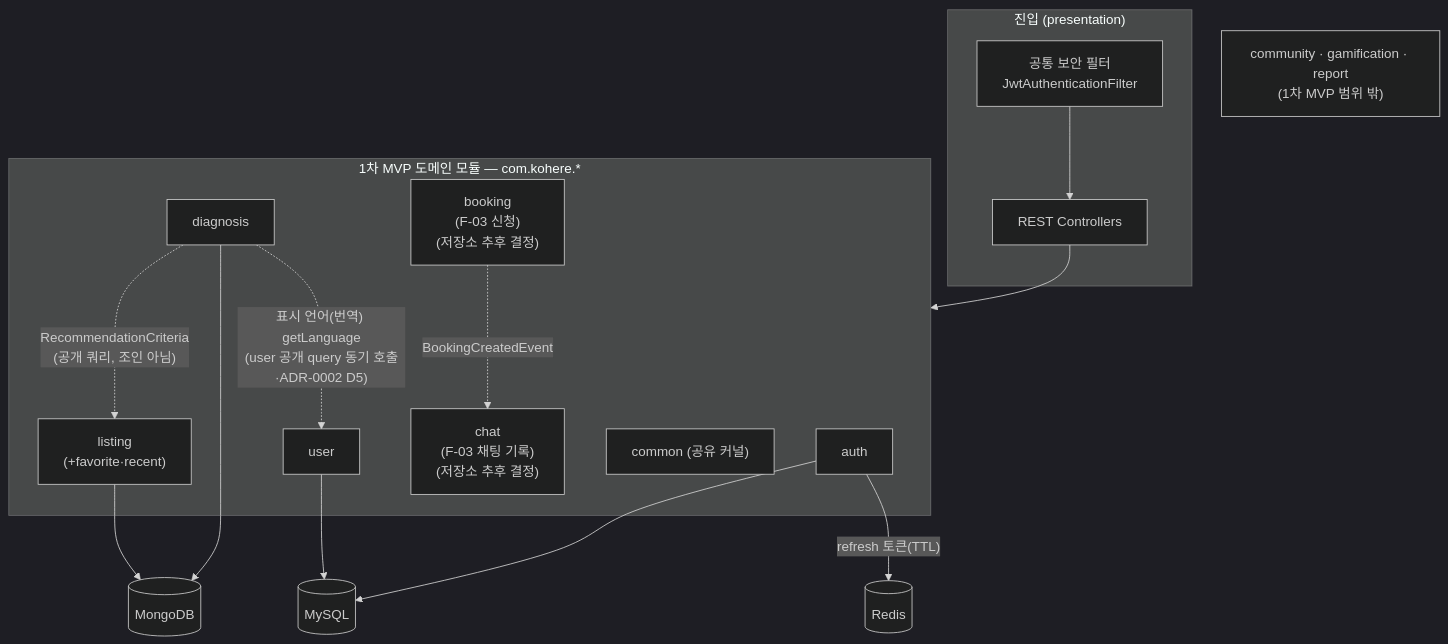
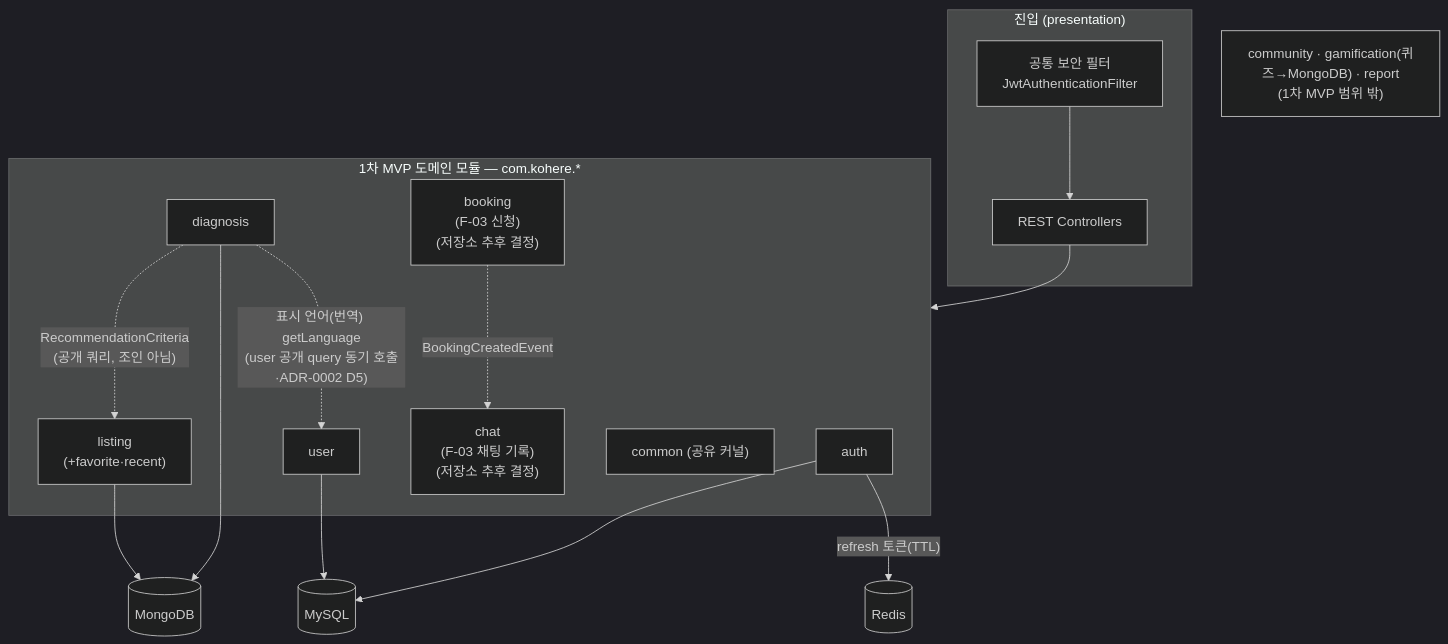
One commit to jameskim9509/Kohere-backend changed the second of 5 diagrams in docs/architecture/system-overview.md. Above: the diagram before and after it, drawn with Mermaid (dark theme). The commit also changed other lines of this file and 19 other files, not shown here.

````diff
--- a/docs/architecture/system-overview.md
+++ b/docs/architecture/system-overview.md
@@ -75,35 +75,35 @@
 ```mermaid
 flowchart TB
     subgraph Entry["진입 (presentation)"]
       FILTER["공통 보안 필터<br/>JwtAuthenticationFilter"]
       REST["REST Controllers"]
     end
 
     subgraph Mods["1차 MVP 도메인 모듈 — com.kohere.*"]
       AUTH["auth"]
       USER["user"]
       DIAG["diagnosis"]
       LIST["listing<br/>(+favorite·recent)"]
       BOOKING["booking<br/>(F-03 신청)<br/>(저장소 추후 결정)"]
       CHAT["chat<br/>(F-03 채팅 기록)<br/>(저장소 추후 결정)"]
       CMN["common (공유 커널)"]
     end
 
     MYSQL[("MySQL")]
     MONGO[("MongoDB")]
     REDIS[("Redis")]
 
     FILTER --> REST --> Mods
 
     DIAG -. "RecommendationCriteria<br/>(공개 쿼리, 조인 아님)" .-> LIST
     DIAG -. "표시 언어(번역) getLanguage<br/>(user 공개 query 동기 호출·ADR-0002 D5)" .-> USER
     BOOKING -. "BookingCreatedEvent" .-> CHAT
 
     AUTH --> MYSQL
     AUTH -- "refresh 토큰(TTL)" --> REDIS
     USER --> MYSQL
     DIAG --> MONGO
     LIST --> MONGO
 
-    DEFER["community · gamification · report<br/>(1차 MVP 범위 밖)"]
+    DEFER["community · gamification(퀴즈→MongoDB) · report<br/>(1차 MVP 범위 밖)"]
 ```
````
